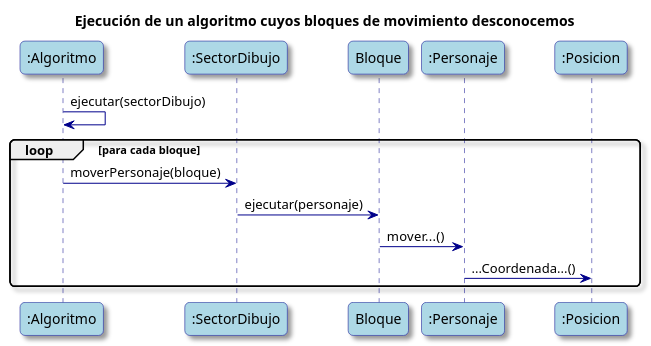
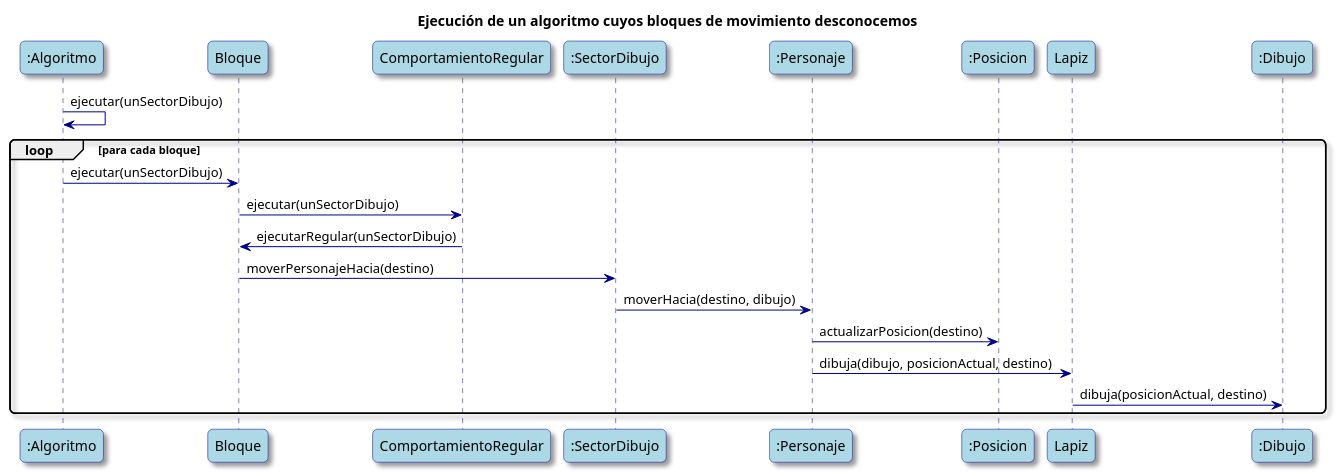
One commit to valva-ro/Algo3-TP2-AlgoBlocks changed the third of 4 diagrams in diagramas-uml.puml. Above: the diagram before and after it, drawn with PlantUML. The commit also changed other lines of this file, not shown here.

```diff
--- a/diagramas-uml.puml
+++ b/diagramas-uml.puml
@@ -169,37 +167,51 @@
 @startuml
 'Diagrama de secuencia para el caso de ejecución de un algoritmo con un solo bloque de mover a la derecha
 skinparam classAttributeIconSize 0
 skinparam backgroundColor White
 skinparam RoundCorner 10
 skinparam Shadowing true
 skinparam ArrowColor DarkBlue
 skinparam SequenceLifeLineBorderColor DarkBlue
 skinparam SequenceLoopBackgroundColor DarkBlue
 
 skinparam actor {
     BackgroundColor LightBlue
     BorderColor DarkBlue
 }
 
 skinparam participant {
     Bound DarkBlue
     BackgroundColor LightBlue
     BorderColor DarkBlue
 }
 
 title Ejecución de un algoritmo cuyos bloques de movimiento desconocemos
 
 participant ":Algoritmo" as Algoritmo
+participant "Bloque" as Bloque
+participant "ComportamientoRegular" as ComportamientoRegular
 participant ":SectorDibujo" as SectorDibujo
-participant "Bloque" as Bloque
 participant ":Personaje" as Personaje
 participant ":Posicion" as Posicion
+participant "Lapiz" as Lapiz
+participant ":Dibujo" as Dibujo
 
-Algoritmo -> Algoritmo : ejecutar(sectorDibujo)
+Algoritmo -> Algoritmo : ejecutar(unSectorDibujo)
 loop para cada bloque
-    Algoritmo -> SectorDibujo : moverPersonaje(bloque)
-    SectorDibujo -> Bloque : ejecutar(personaje)
-    Bloque -> Personaje : mover...()
-    Personaje -> Posicion : ...Coordenada...()
+    Algoritmo -> Bloque : ejecutar(unSectorDibujo)
+    Bloque -> ComportamientoRegular : ejecutar(unSectorDibujo)
+    ComportamientoRegular -> Bloque : ejecutarRegular(unSectorDibujo)
+
+    'Bloque tiene como atributo una Posicion destino
+    Bloque -> SectorDibujo : moverPersonajeHacia(destino)
+
+    'SectorDibujo tiene como atributo un Dibujo dibujo
+    SectorDibujo -> Personaje : moverHacia(destino, dibujo)
+    Personaje -> Posicion : actualizarPosicion(destino)
+
+    'Personaje tiene como atributo una Posicion posicionActual
+    Personaje -> Lapiz : dibuja(dibujo, posicionActual, destino)
+
+    Lapiz -> Dibujo : dibuja(posicionActual, destino)
 end
 @enduml
```
